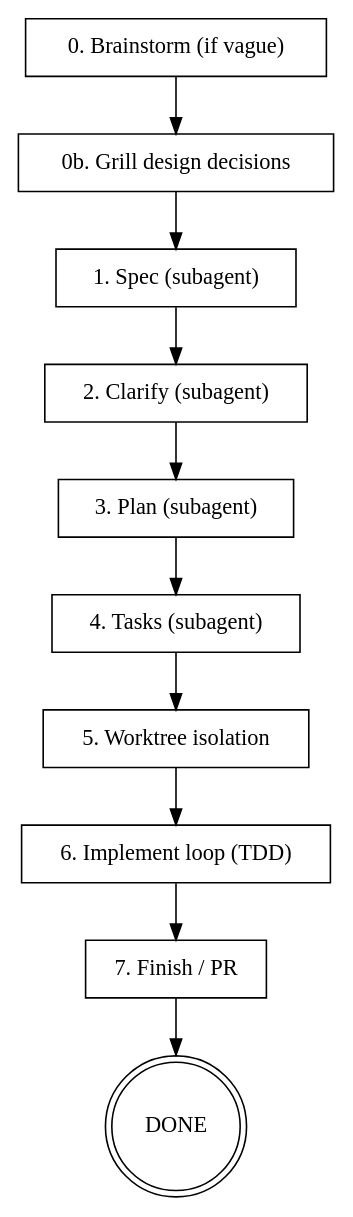
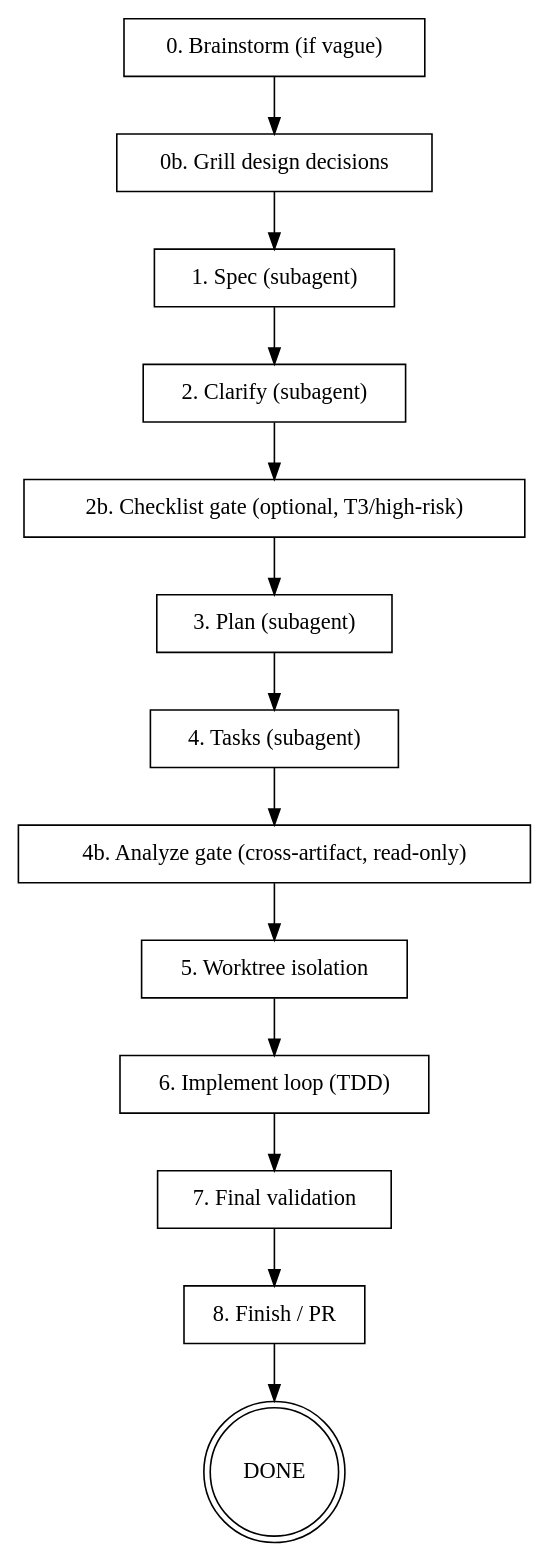
One commit to miroo93/dev-workflows changed the diagram in skills/feature/SKILL.md. Above: the diagram before and after it, drawn with Graphviz. The commit also changed other lines of this file and 8 other files, not shown here.

````diff
--- a/skills/feature/SKILL.md
+++ b/skills/feature/SKILL.md
@@ -49,25 +49,31 @@
 ```dot
 digraph pipeline {
     rankdir=TB;
     "0. Brainstorm (if vague)" [shape=box];
     "0b. Grill design decisions" [shape=box];
     "1. Spec (subagent)" [shape=box];
     "2. Clarify (subagent)" [shape=box];
+    "2b. Checklist gate (optional, T3/high-risk)" [shape=box];
     "3. Plan (subagent)" [shape=box];
     "4. Tasks (subagent)" [shape=box];
+    "4b. Analyze gate (cross-artifact, read-only)" [shape=box];
     "5. Worktree isolation" [shape=box];
     "6. Implement loop (TDD)" [shape=box];
-    "7. Finish / PR" [shape=box];
+    "7. Final validation" [shape=box];
+    "8. Finish / PR" [shape=box];
     "DONE" [shape=doublecircle];
 
     "0. Brainstorm (if vague)" -> "0b. Grill design decisions";
     "0b. Grill design decisions" -> "1. Spec (subagent)";
     "1. Spec (subagent)" -> "2. Clarify (subagent)";
-    "2. Clarify (subagent)" -> "3. Plan (subagent)";
+    "2. Clarify (subagent)" -> "2b. Checklist gate (optional, T3/high-risk)";
+    "2b. Checklist gate (optional, T3/high-risk)" -> "3. Plan (subagent)";
     "3. Plan (subagent)" -> "4. Tasks (subagent)";
-    "4. Tasks (subagent)" -> "5. Worktree isolation";
+    "4. Tasks (subagent)" -> "4b. Analyze gate (cross-artifact, read-only)";
+    "4b. Analyze gate (cross-artifact, read-only)" -> "5. Worktree isolation";
     "5. Worktree isolation" -> "6. Implement loop (TDD)";
-    "6. Implement loop (TDD)" -> "7. Finish / PR";
-    "7. Finish / PR" -> "DONE";
+    "6. Implement loop (TDD)" -> "7. Final validation";
+    "7. Final validation" -> "8. Finish / PR";
+    "8. Finish / PR" -> "DONE";
 }
 ```
````
